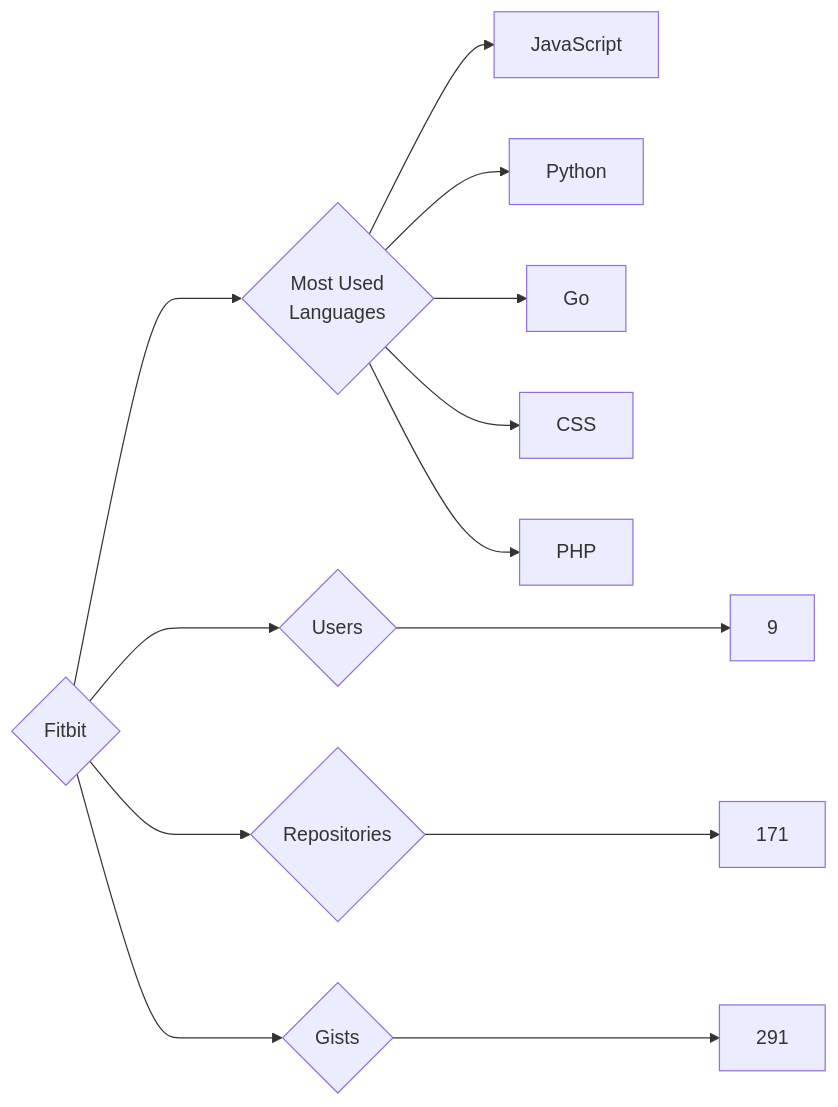
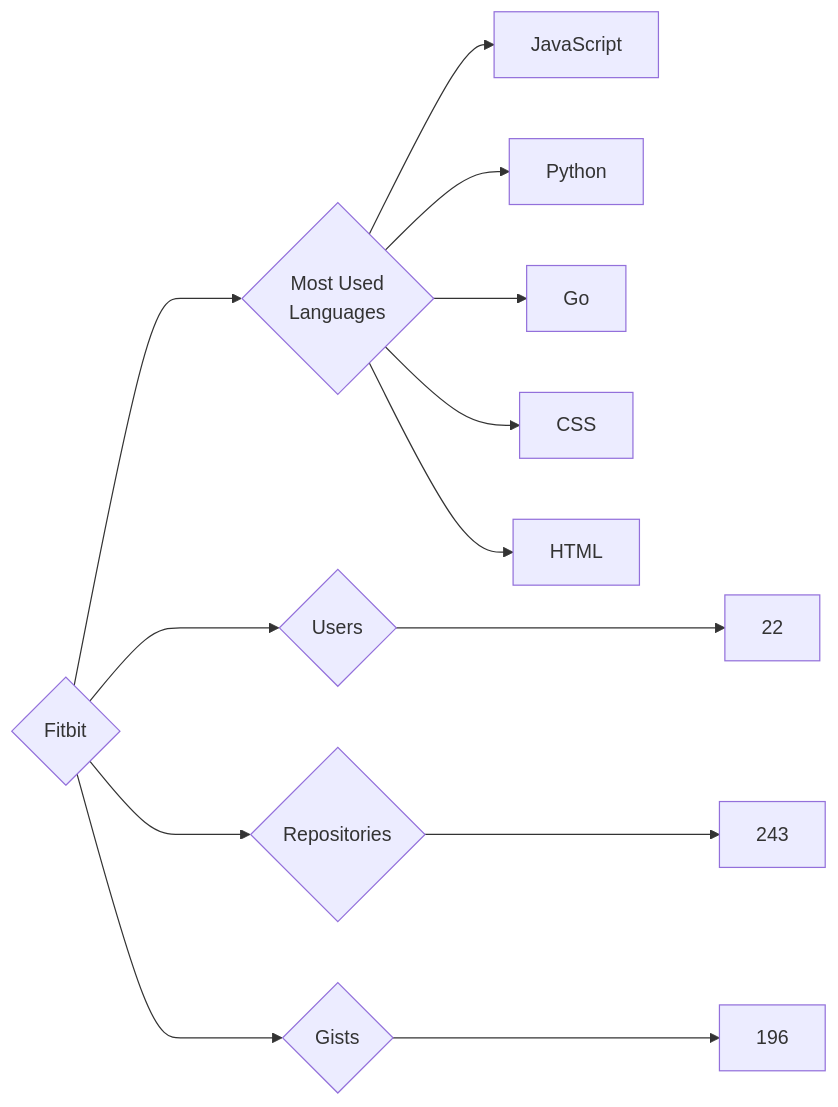
Before and after one commit to trickest/insiders: the diagram in targets/Fitbit/README.md, drawn with Mermaid. The commit also changed 873 other files, not shown here.

````diff
--- a/targets/Fitbit/README.md
+++ b/targets/Fitbit/README.md
@@ -3,13 +3,13 @@
 ```mermaid
 graph LR
 COMPANY_NAME{Fitbit}
-COMPANY_NAME ---> U{Users} ---> UN[9]
-COMPANY_NAME ---> R{Repositories} ---> RN[171]
-COMPANY_NAME ---> G{Gists} ---> GN[291]
+COMPANY_NAME ---> U{Users} ---> UN[22]
+COMPANY_NAME ---> R{Repositories} ---> RN[243]
+COMPANY_NAME ---> G{Gists} ---> GN[196]
 COMPANY_NAME ---> ML{Most Used<br>Languages}
 ML --> JavaScript[JavaScript]
 ML --> Python[Python]
 ML --> Go[Go]
 ML --> CSS[CSS]
-ML --> PHP[PHP]
+ML --> HTML[HTML]
 ```
````
